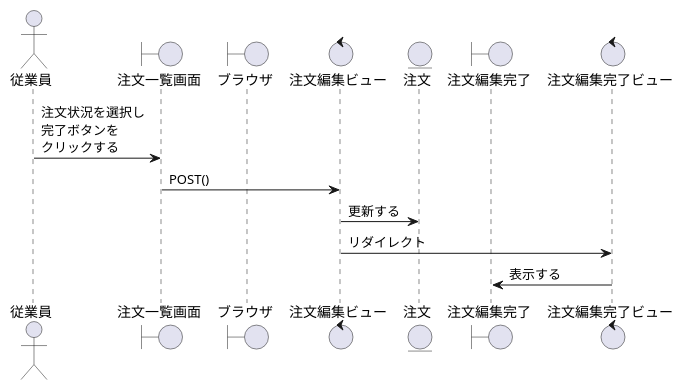
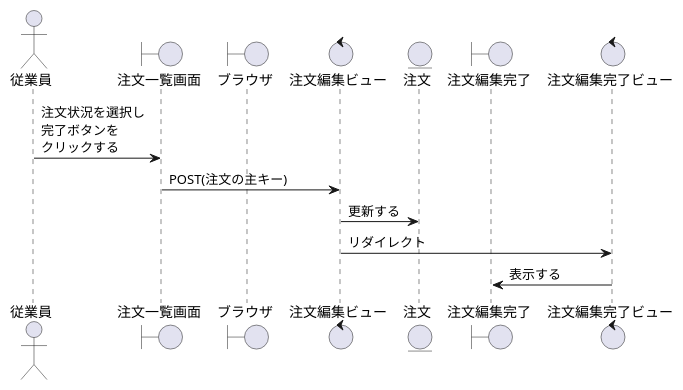
One commit to ysyk-wtnb16/team_D changed the diagram in BBショップ/注文編集.wsd. Above: the diagram before and after it, drawn with PlantUML. The commit also changed 1 other file, not shown here.

```diff
--- a/BBショップ/注文編集.wsd
+++ b/BBショップ/注文編集.wsd
@@ -1,33 +1,33 @@
 @startuml update
 ' ①縦軸の並び順を決める
 actor "従業員" as act
 boundary "注文一覧画面" as oeb
 ' コントローラーに初回アクセスするもの
 boundary "ブラウザ" as brz
 ' コントローラーまたはビューの名称を決める
 control "注文編集ビュー" as oec
 ' DAOまたはモデルとなる
 
 ' entity "商品" as pdt
 entity "注文" as order
 
 boundary "注文編集完了" as oekb
 control "注文編集完了ビュー" as oekc
 
 ' brz -> oec: GET
 
 ' oeb <- oec:表示する
 
 act -> oeb:注文状況を選択し\n完了ボタンを\nクリックする
 
-oeb -> oec:POST()
+oeb -> oec:POST(注文の主キー)
 ' oec -> pdt:すべての注文を取得する
 ' pdt --> oec
 
 
 
 oec -> order: 更新する
 oec -> oekc:リダイレクト
 oekc -> oekb:表示する
 
 @enduml
```
